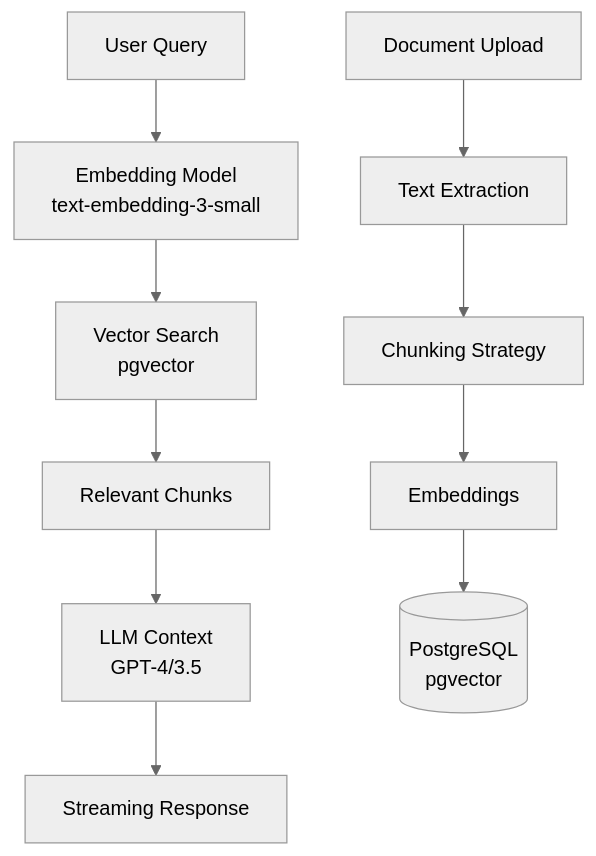
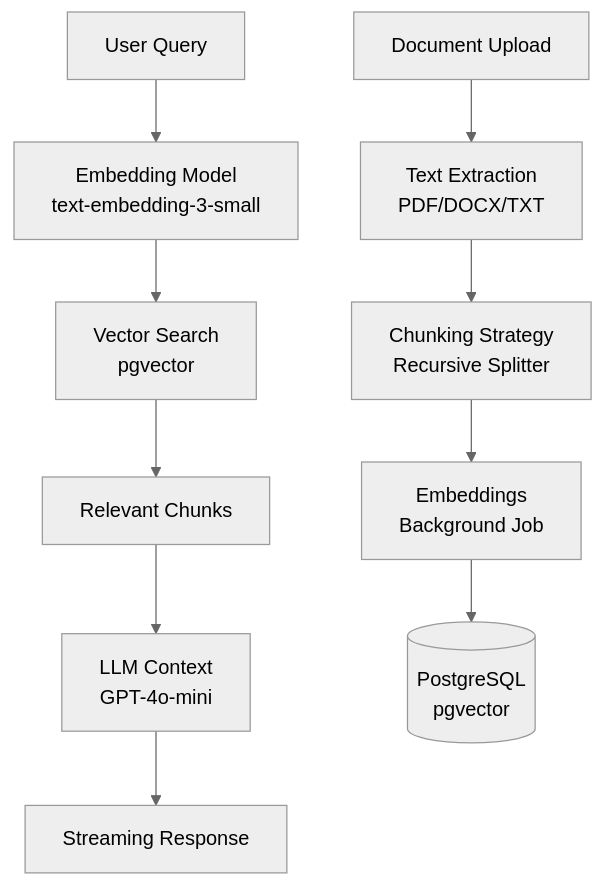
One commit to rejisterjack/rag-starter-kit changed the diagram in README.md. Above: the diagram before and after it, drawn with Mermaid (neutral theme). The commit also changed other lines of this file and 259 other files, not shown here.

````diff
--- a/README.md
+++ b/README.md
@@ -163,13 +221,13 @@
 ```mermaid
 graph TD
     A[User Query] --> B[Embedding Model<br/>text-embedding-3-small]
     B --> C[Vector Search<br/>pgvector]
     C --> D[Relevant Chunks]
-    D --> E[LLM Context<br/>GPT-4/3.5]
+    D --> E[LLM Context<br/>GPT-4o-mini]
     E --> F[Streaming Response]
     
-    G[Document Upload] --> H[Text Extraction]
-    H --> I[Chunking Strategy]
-    I --> J[Embeddings]
+    G[Document Upload] --> H[Text Extraction<br/>PDF/DOCX/TXT]
+    H --> I[Chunking Strategy<br/>Recursive Splitter]
+    I --> J[Embeddings<br/>Background Job]
     J --> K[(PostgreSQL<br/>pgvector)]
 ```
````
